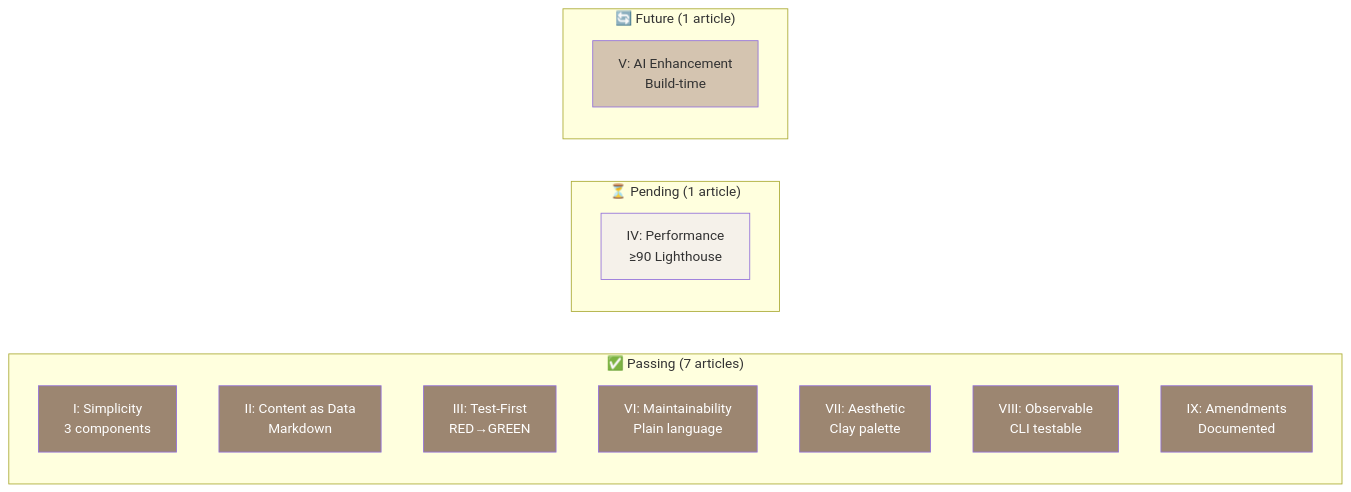
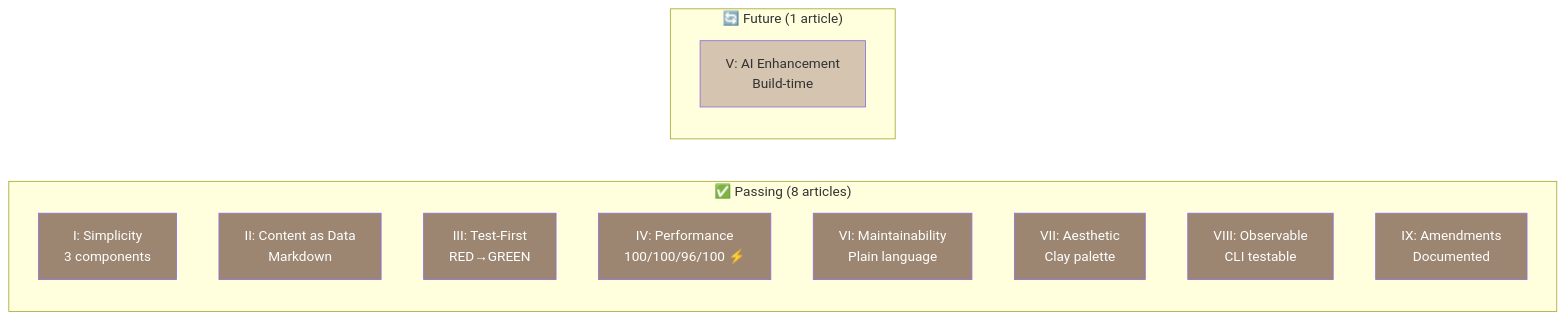
The third of 5 diagrams in PROJECT_STATUS.md (nice-and-precise/mol-art-portfolio), drawn with Mermaid before and after one commit. The commit also changed other lines of this file and 2 other files, not shown here.

First line of the commit message:
docs: Add Lighthouse performance audit results - Perfect scores!

````diff
--- a/PROJECT_STATUS.md
+++ b/PROJECT_STATUS.md
@@ -183,30 +183,27 @@
 ```mermaid
 graph LR
-    subgraph Passing["✅ Passing (7 articles)"]
+    subgraph Passing["✅ Passing (8 articles)"]
         A1[I: Simplicity<br/>3 components]
         A2[II: Content as Data<br/>Markdown]
         A3[III: Test-First<br/>RED→GREEN]
-        A4[VI: Maintainability<br/>Plain language]
-        A5[VII: Aesthetic<br/>Clay palette]
-        A6[VIII: Observable<br/>CLI testable]
-        A7[IX: Amendments<br/>Documented]
-    end
-
-    subgraph Pending["⏳ Pending (1 article)"]
-        B1[IV: Performance<br/>≥90 Lighthouse]
+        A4[IV: Performance<br/>100/100/96/100 ⚡]
+        A5[VI: Maintainability<br/>Plain language]
+        A6[VII: Aesthetic<br/>Clay palette]
+        A7[VIII: Observable<br/>CLI testable]
+        A8[IX: Amendments<br/>Documented]
     end
 
     subgraph Future["🔄 Future (1 article)"]
         C1[V: AI Enhancement<br/>Build-time]
     end
 
     style A1 fill:#9c8671,color:#fff
     style A2 fill:#9c8671,color:#fff
     style A3 fill:#9c8671,color:#fff
     style A4 fill:#9c8671,color:#fff
     style A5 fill:#9c8671,color:#fff
     style A6 fill:#9c8671,color:#fff
     style A7 fill:#9c8671,color:#fff
-    style B1 fill:#f5f1ea
+    style A8 fill:#9c8671,color:#fff
     style C1 fill:#d4c4b0
 ```
````
